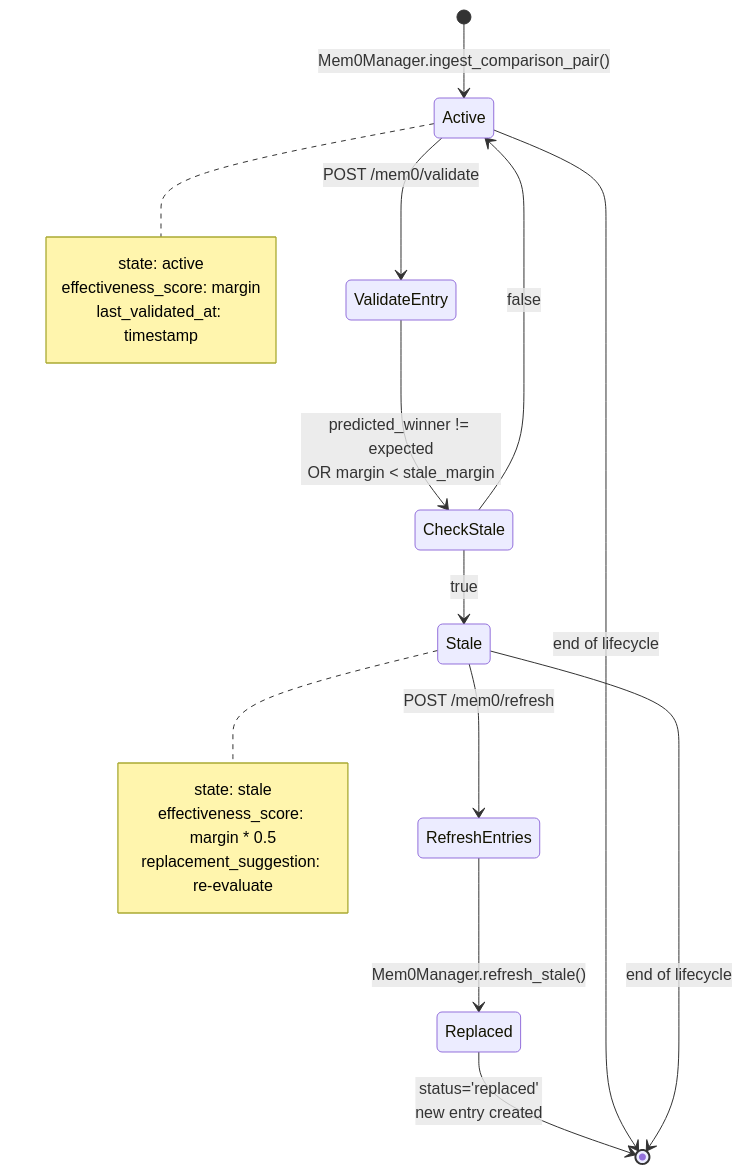
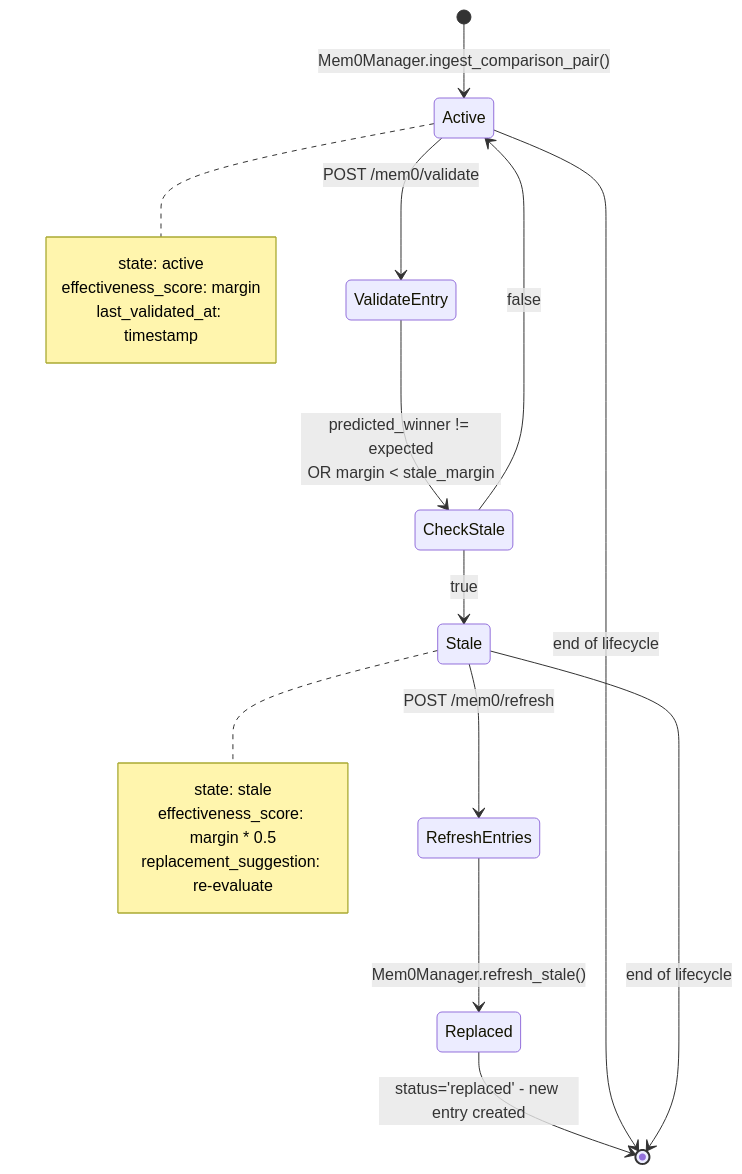
Before and after one commit to Hasan26ozcan/Script-Supervisor: diagram 14 of 16 in docs/TECHNICAL_DIAGRAMS.md, drawn with Mermaid. The commit also changed other lines of this file and 1 other file, not shown here.

Commit message:
update technical diagram

````diff
--- a/docs/TECHNICAL_DIAGRAMS.md
+++ b/docs/TECHNICAL_DIAGRAMS.md
@@ -757,28 +718,28 @@
 ```mermaid
 stateDiagram-v2
     [*] --> Active: Mem0Manager.ingest_comparison_pair()
     Active --> ValidateEntry: POST /mem0/validate
     ValidateEntry --> CheckStale: predicted_winner != expected<br/>OR margin < stale_margin
 
     CheckStale --> Stale: true
     CheckStale --> Active: false
 
     Stale --> RefreshEntries: POST /mem0/refresh
     RefreshEntries --> Replaced: Mem0Manager.refresh_stale()
-    Replaced --> [*]: status='replaced'<br/>new entry created
+    Replaced --> [*]: status='replaced' - new entry created
 
     Active --> [*]: end of lifecycle
     Stale --> [*]: end of lifecycle
 
     note right of Active
         state: active
         effectiveness_score: margin
         last_validated_at: timestamp
     end note
 
     note right of Stale
         state: stale
         effectiveness_score: margin * 0.5
         replacement_suggestion: re-evaluate
     end note
 ```
````
